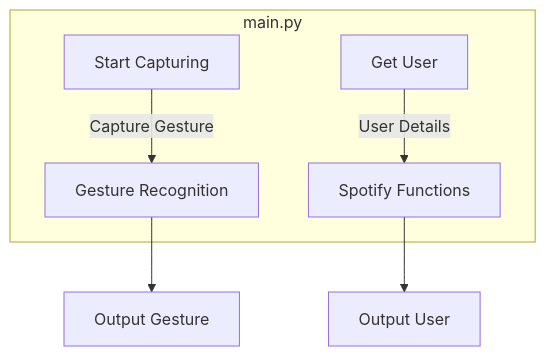
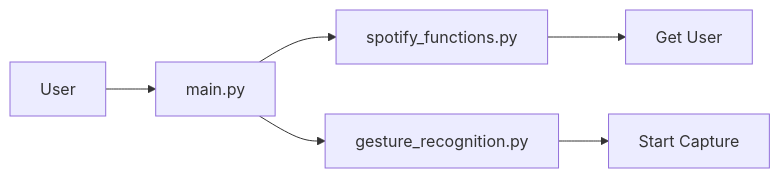
One commit to gitbito/AI-Automation changed the diagram in documentation/create_overview_doc/doc_Spotify-Gesture-Control-main/main.py_Doc.md. Above: the diagram before and after it, drawn with Mermaid. The commit also changed other lines of this file and 6 other files, not shown here.

````diff
--- a/documentation/create_overview_doc/doc_Spotify-Gesture-Control-main/main.py_Doc.md
+++ b/documentation/create_overview_doc/doc_Spotify-Gesture-Control-main/main.py_Doc.md
@@ -25,9 +23,8 @@
 ```mermaid
-graph TB
-    subgraph main.py
-        A[Start Capturing] -->|Capture Gesture| B[Gesture Recognition]
-        C[Get User] -->|User Details| D[Spotify Functions]
-    end
-    B --> E[Output Gesture]
-    D --> F[Output User]
+graph LR
+    A[User] --> B[main.py]
+    B --> C[spotify_functions.py]
+    B --> D[gesture_recognition.py]
+    C --> E[Get User]
+    D --> F[Start Capture]
 ```
````
